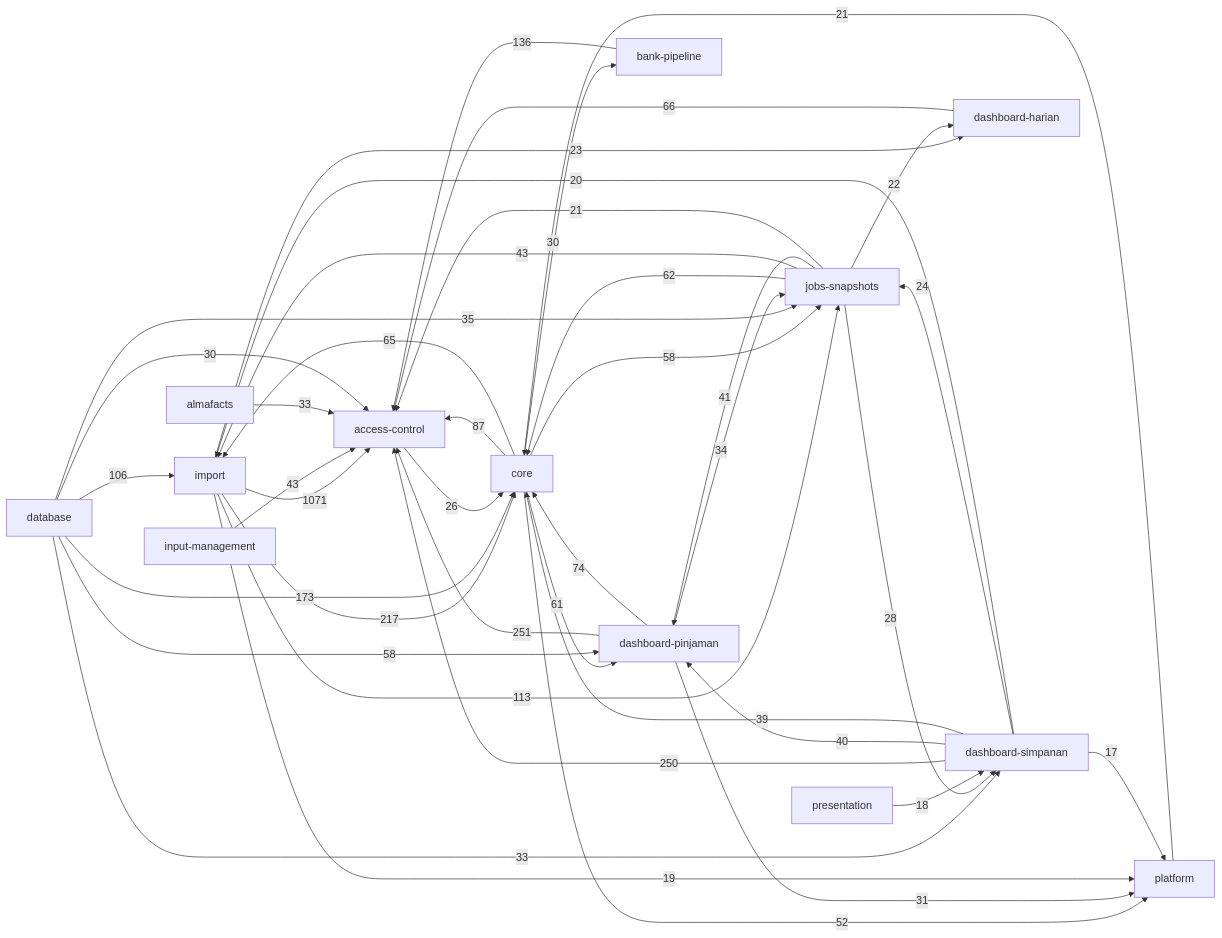
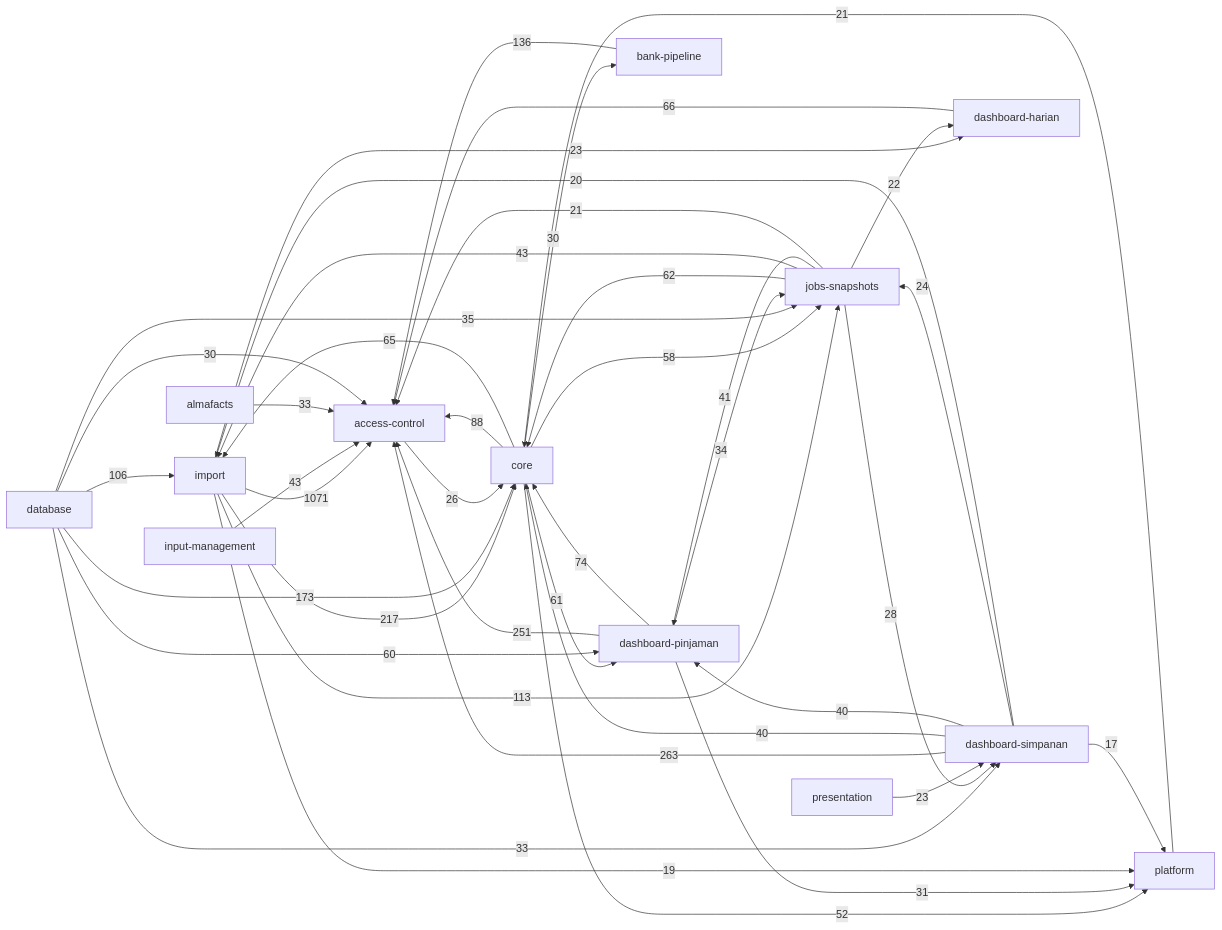
The diagram in docs/knowledge-graph/ARCHITECTURE.md (RizalloN/project-abah), drawn with Mermaid before and after one commit. The commit also changed other lines of this file and 136 other files, not shown here.

````diff
--- a/docs/knowledge-graph/ARCHITECTURE.md
+++ b/docs/knowledge-graph/ARCHITECTURE.md
@@ -5,43 +5,43 @@
 ```mermaid
 flowchart LR
     d_d942f64886["import"] -->|1071| d_c393a69167["access-control"]
+    d_90026ec21f["dashboard-simpanan"] -->|263| d_c393a69167["access-control"]
     d_c1933689a3["dashboard-pinjaman"] -->|251| d_c393a69167["access-control"]
-    d_90026ec21f["dashboard-simpanan"] -->|250| d_c393a69167["access-control"]
     d_d942f64886["import"] -->|217| d_0d45f5fd46["core"]
     d_3549b0028b["database"] -->|173| d_0d45f5fd46["core"]
     d_39bcb775e4["bank-pipeline"] -->|136| d_c393a69167["access-control"]
     d_d942f64886["import"] -->|113| d_7c16aa6a77["jobs-snapshots"]
     d_3549b0028b["database"] -->|106| d_d942f64886["import"]
-    d_0d45f5fd46["core"] -->|87| d_c393a69167["access-control"]
+    d_0d45f5fd46["core"] -->|88| d_c393a69167["access-control"]
     d_c1933689a3["dashboard-pinjaman"] -->|74| d_0d45f5fd46["core"]
     d_a0a49fdd98["dashboard-harian"] -->|66| d_c393a69167["access-control"]
     d_0d45f5fd46["core"] -->|65| d_d942f64886["import"]
     d_7c16aa6a77["jobs-snapshots"] -->|62| d_0d45f5fd46["core"]
     d_0d45f5fd46["core"] -->|61| d_c1933689a3["dashboard-pinjaman"]
-    d_3549b0028b["database"] -->|58| d_c1933689a3["dashboard-pinjaman"]
+    d_3549b0028b["database"] -->|60| d_c1933689a3["dashboard-pinjaman"]
     d_0d45f5fd46["core"] -->|58| d_7c16aa6a77["jobs-snapshots"]
     d_0d45f5fd46["core"] -->|52| d_d294fcce0c["platform"]
     d_7c16aa6a77["jobs-snapshots"] -->|43| d_d942f64886["import"]
     d_b70a9d941d["input-management"] -->|43| d_c393a69167["access-control"]
     d_7c16aa6a77["jobs-snapshots"] -->|41| d_c1933689a3["dashboard-pinjaman"]
+    d_90026ec21f["dashboard-simpanan"] -->|40| d_0d45f5fd46["core"]
     d_90026ec21f["dashboard-simpanan"] -->|40| d_c1933689a3["dashboard-pinjaman"]
-    d_90026ec21f["dashboard-simpanan"] -->|39| d_0d45f5fd46["core"]
     d_3549b0028b["database"] -->|35| d_7c16aa6a77["jobs-snapshots"]
     d_c1933689a3["dashboard-pinjaman"] -->|34| d_7c16aa6a77["jobs-snapshots"]
     d_3549b0028b["database"] -->|33| d_90026ec21f["dashboard-simpanan"]
     d_b89824cc5a["almafacts"] -->|33| d_c393a69167["access-control"]
     d_c1933689a3["dashboard-pinjaman"] -->|31| d_d294fcce0c["platform"]
     d_3549b0028b["database"] -->|30| d_c393a69167["access-control"]
     d_0d45f5fd46["core"] -->|30| d_39bcb775e4["bank-pipeline"]
     d_7c16aa6a77["jobs-snapshots"] -->|28| d_90026ec21f["dashboard-simpanan"]
     d_c393a69167["access-control"] -->|26| d_0d45f5fd46["core"]
     d_90026ec21f["dashboard-simpanan"] -->|24| d_7c16aa6a77["jobs-snapshots"]
     d_d942f64886["import"] -->|23| d_a0a49fdd98["dashboard-harian"]
+    d_bfac314fef["presentation"] -->|23| d_90026ec21f["dashboard-simpanan"]
     d_7c16aa6a77["jobs-snapshots"] -->|22| d_a0a49fdd98["dashboard-harian"]
     d_d294fcce0c["platform"] -->|21| d_0d45f5fd46["core"]
     d_7c16aa6a77["jobs-snapshots"] -->|21| d_c393a69167["access-control"]
     d_90026ec21f["dashboard-simpanan"] -->|20| d_d942f64886["import"]
     d_d942f64886["import"] -->|19| d_d294fcce0c["platform"]
-    d_bfac314fef["presentation"] -->|18| d_90026ec21f["dashboard-simpanan"]
     d_90026ec21f["dashboard-simpanan"] -->|17| d_d294fcce0c["platform"]
 ```
````
